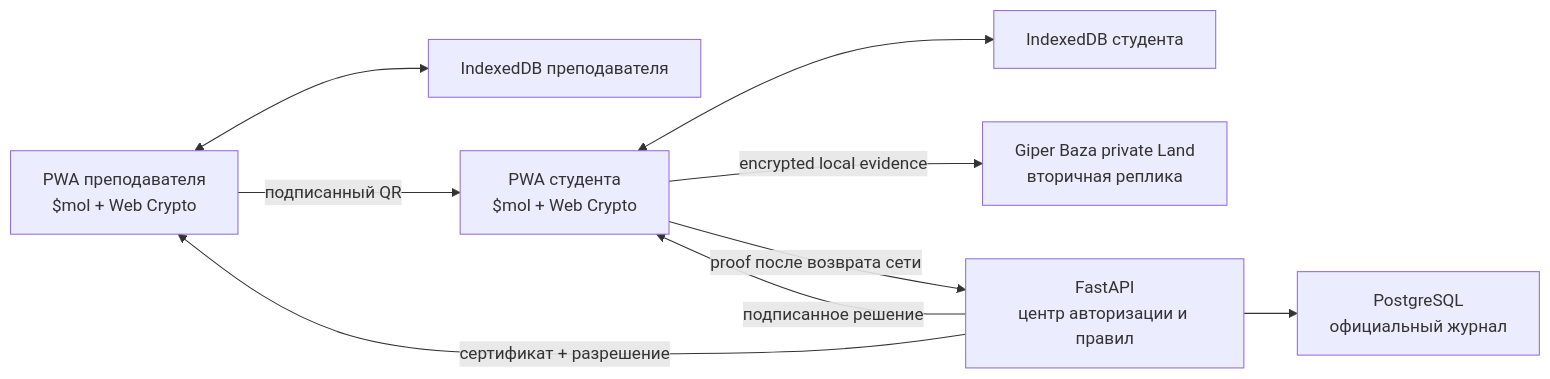
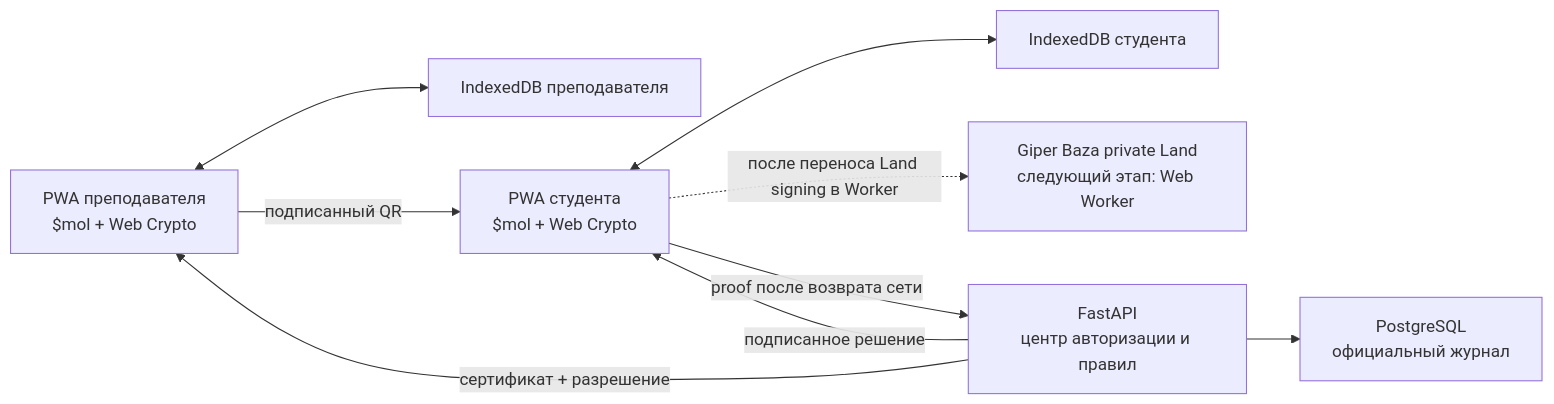
Before and after one commit to arjjia/attend-pro: the diagram in docs/README.md, drawn with Mermaid. The commit also changed other lines of this file and 8 other files, not shown here.

Commit message:
fix(mvp): stabilize QR flow and responsive UI

````diff
--- a/docs/README.md
+++ b/docs/README.md
@@ -29,19 +30,19 @@
 ```mermaid
 flowchart LR
     T["PWA преподавателя<br/>$mol + Web Crypto"]
     S["PWA студента<br/>$mol + Web Crypto"]
     TI["IndexedDB преподавателя"]
     SI["IndexedDB студента"]
-    G["Giper Baza private Land<br/>вторичная реплика"]
+    G["Giper Baza private Land<br/>следующий этап: Web Worker"]
     API["FastAPI<br/>центр авторизации и правил"]
     PG["PostgreSQL<br/>официальный журнал"]
 
     API -->|"сертификат + разрешение"| T
     T <--> TI
     T -->|"подписанный QR"| S
     S <--> SI
-    S -->|"encrypted local evidence"| G
+    S -.->|"после переноса Land signing в Worker"| G
     S -->|"proof после возврата сети"| API
     API --> PG
     API -->|"подписанное решение"| S
 ```
````
